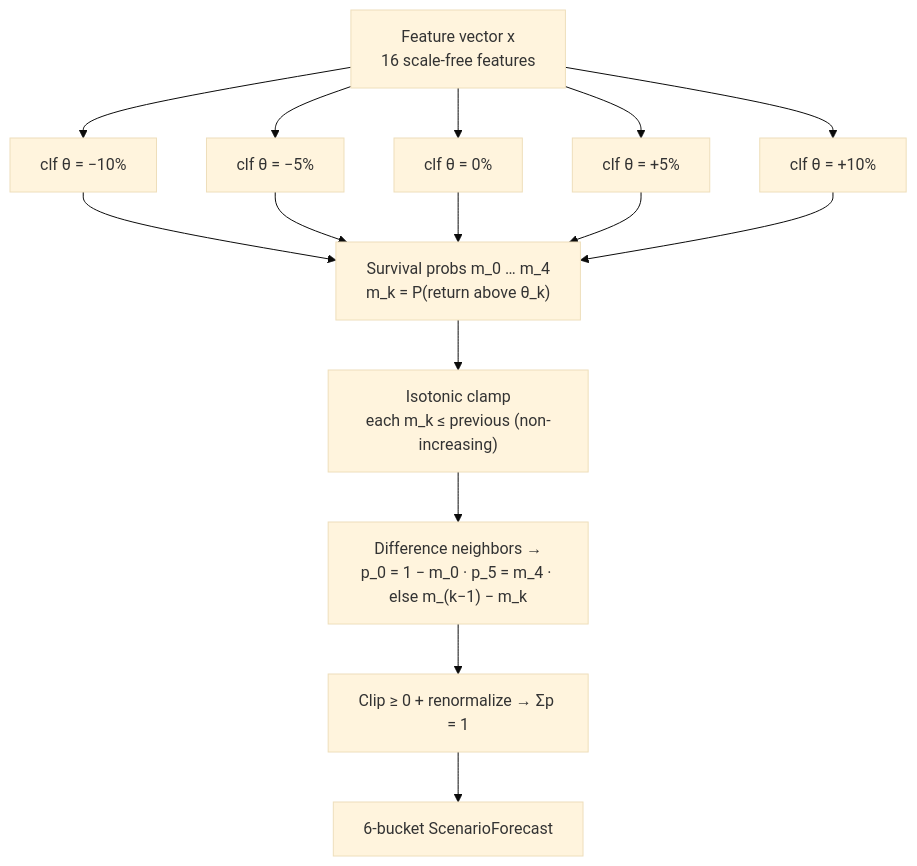
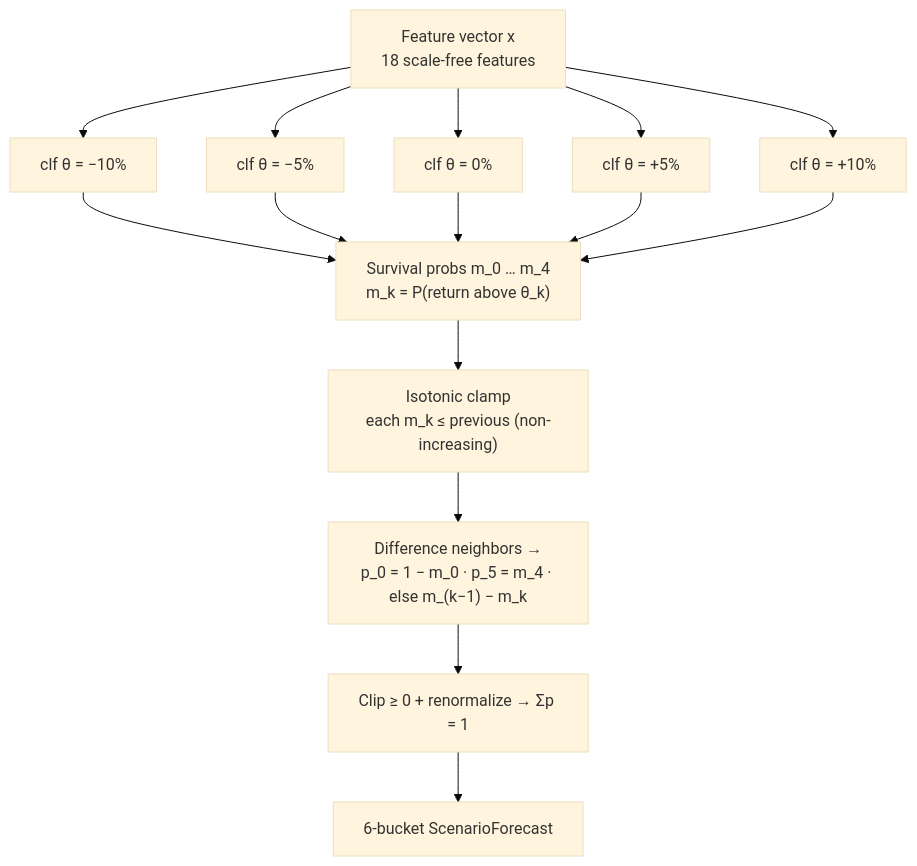
The fifth of 7 diagrams in docs/models_explanation.md (truongbnguyen88/ai-stock-analysis), drawn with Mermaid (base theme) before and after one commit. The commit also changed other lines of this file and 13 other files, not shown here.

````diff
--- a/docs/models_explanation.md
+++ b/docs/models_explanation.md
@@ -436,17 +436,17 @@
 ```mermaid
 flowchart TD
-    X["Feature vector x<br/>16 scale-free features"] --> C0["clf θ = −10%"]
+    X["Feature vector x<br/>18 scale-free features"] --> C0["clf θ = −10%"]
     X --> C1["clf θ = −5%"]
     X --> C2["clf θ = 0%"]
     X --> C3["clf θ = +5%"]
     X --> C4["clf θ = +10%"]
     C0 --> M["Survival probs m_0 … m_4<br/>m_k = P(return above θ_k)"]
     C1 --> M
     C2 --> M
     C3 --> M
     C4 --> M
     M --> ISO["Isotonic clamp<br/>each m_k ≤ previous (non-increasing)"]
     ISO --> DIFF["Difference neighbors →<br/>p_0 = 1 − m_0 · p_5 = m_4 · else m_(k−1) − m_k"]
     DIFF --> NORM["Clip ≥ 0 + renormalize → Σp = 1"]
     NORM --> SF["6-bucket ScenarioForecast"]
 ```
````
